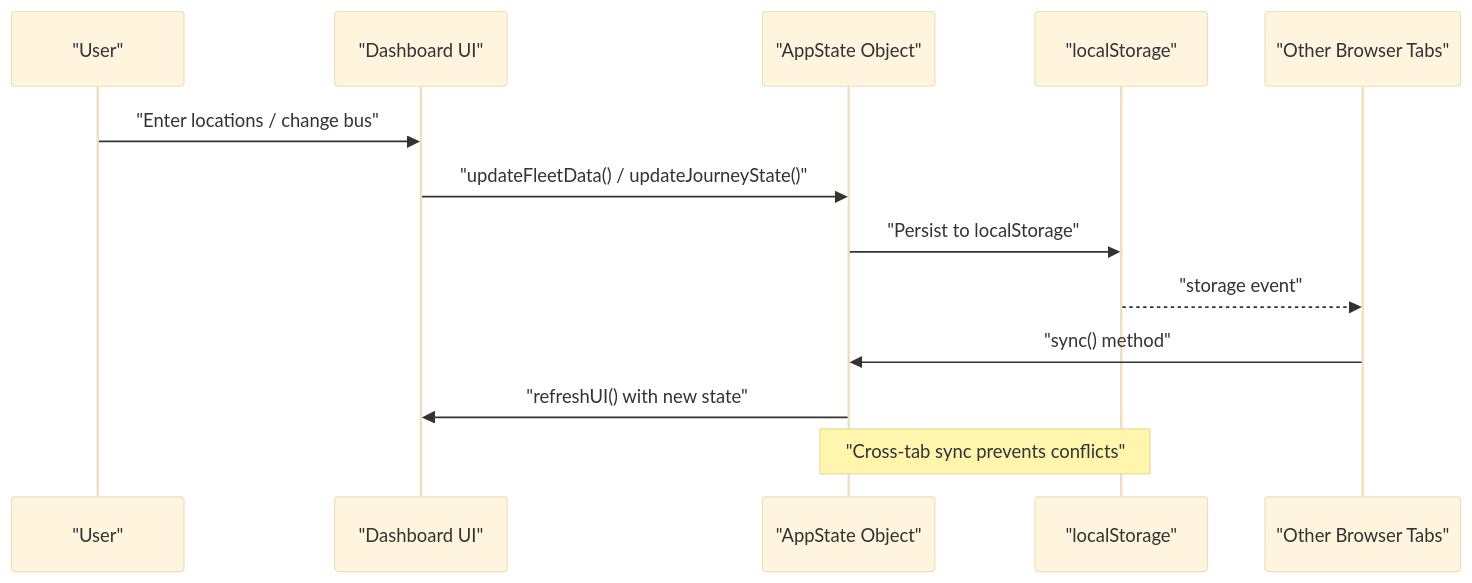
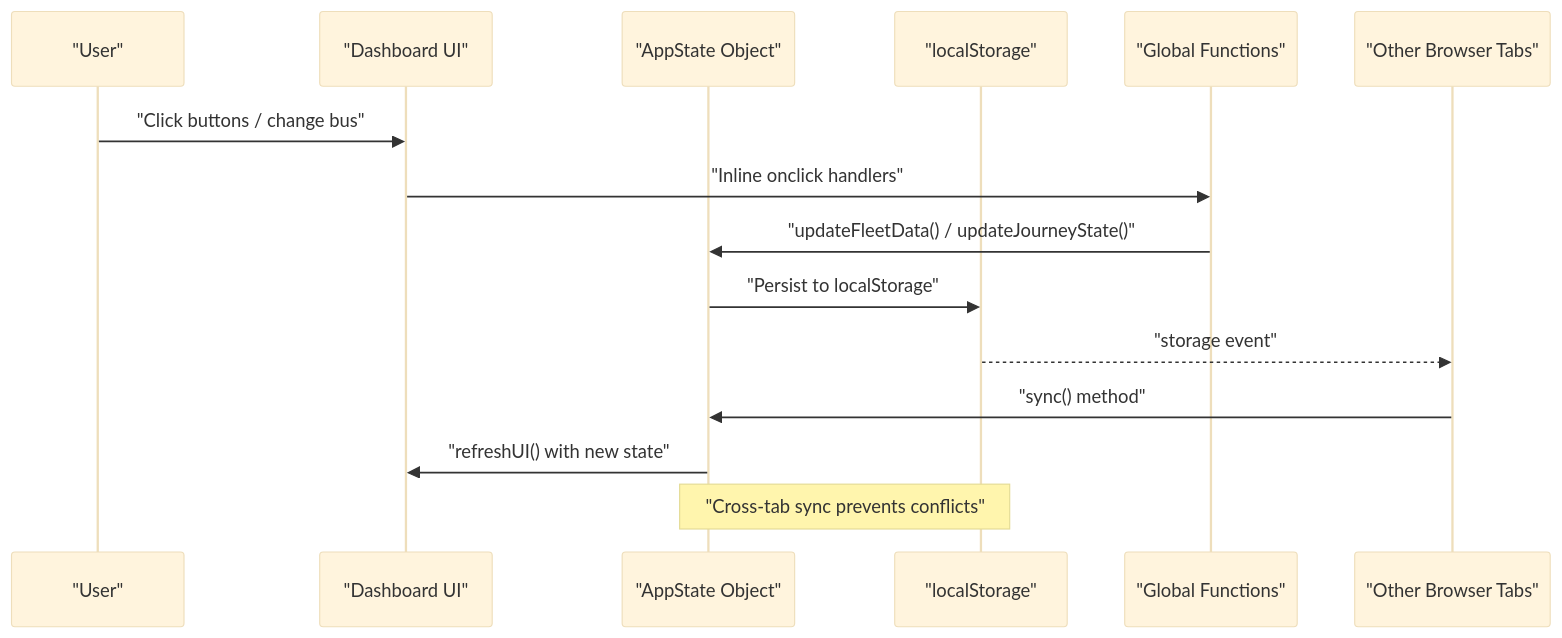
The second of 6 diagrams in .qoder/repowiki/en/content/Data Management and Persistence.md (Rehanpatel3858/BusTrack-Pro), drawn with Mermaid (base theme) before and after one commit. The commit also changed other lines of this file and 6 other files, not shown here.

````diff
--- a/.qoder/repowiki/en/content/Data Management and Persistence.md
+++ b/.qoder/repowiki/en/content/Data Management and Persistence.md
@@ -85,15 +96,17 @@
 ```mermaid
 sequenceDiagram
 participant User as "User"
 participant UI as "Dashboard UI"
 participant AppState as "AppState Object"
 participant LS as "localStorage"
+participant Functions as "Global Functions"
 participant OtherTabs as "Other Browser Tabs"
-User->>UI : "Enter locations / change bus"
-UI->>AppState : "updateFleetData() / updateJourneyState()"
+User->>UI : "Click buttons / change bus"
+UI->>Functions : "Inline onclick handlers"
+Functions->>AppState : "updateFleetData() / updateJourneyState()"
 AppState->>LS : "Persist to localStorage"
 LS-->>OtherTabs : "storage event"
 OtherTabs->>AppState : "sync() method"
 AppState->>UI : "refreshUI() with new state"
 Note over AppState,LS : "Cross-tab sync prevents conflicts"
 ```
````
